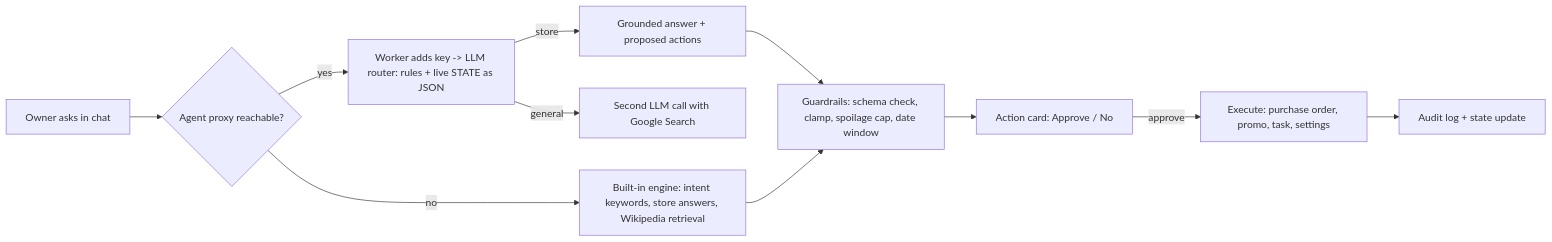
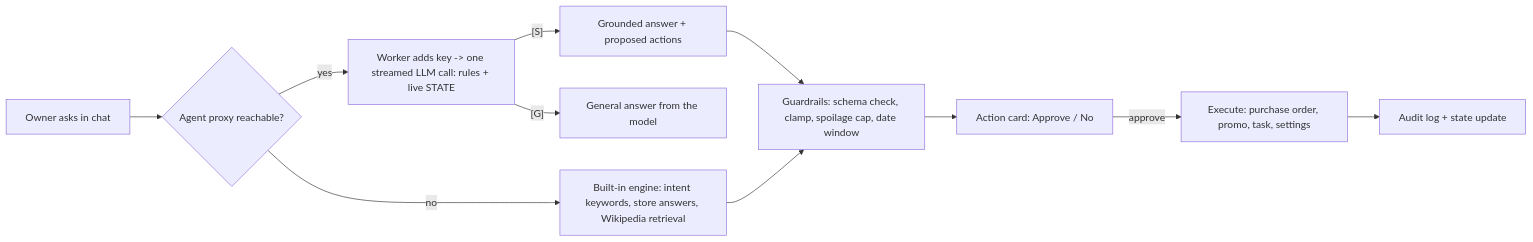
The diagram in README.md (Aiwadod/khudra-ai), drawn with Mermaid before and after one commit. The commit also changed other lines of this file, not shown here.

Commit message:
README: streamed agent

````diff
--- a/README.md
+++ b/README.md
@@ -45,13 +45,13 @@
 ```mermaid
 flowchart LR
   U[Owner asks in chat] --> K{Agent proxy reachable?}
-  K -- yes --> R[Worker adds key -> LLM router: rules + live STATE as JSON]
-  R -- store --> S[Grounded answer + proposed actions]
-  R -- general --> W[Second LLM call with Google Search]
+  K -- yes --> R[Worker adds key -> one streamed LLM call: rules + live STATE]
+  R -- "[S]" --> S[Grounded answer + proposed actions]
+  R -- "[G]" --> W[General answer from the model]
   K -- no --> B[Built-in engine: intent keywords, store answers, Wikipedia retrieval]
   S --> G[Guardrails: schema check, clamp, spoilage cap, date window]
   B --> G
   G --> C[Action card: Approve / No]
   C -- approve --> X[Execute: purchase order, promo, task, settings]
   X --> L[Audit log + state update]
 ```
````
